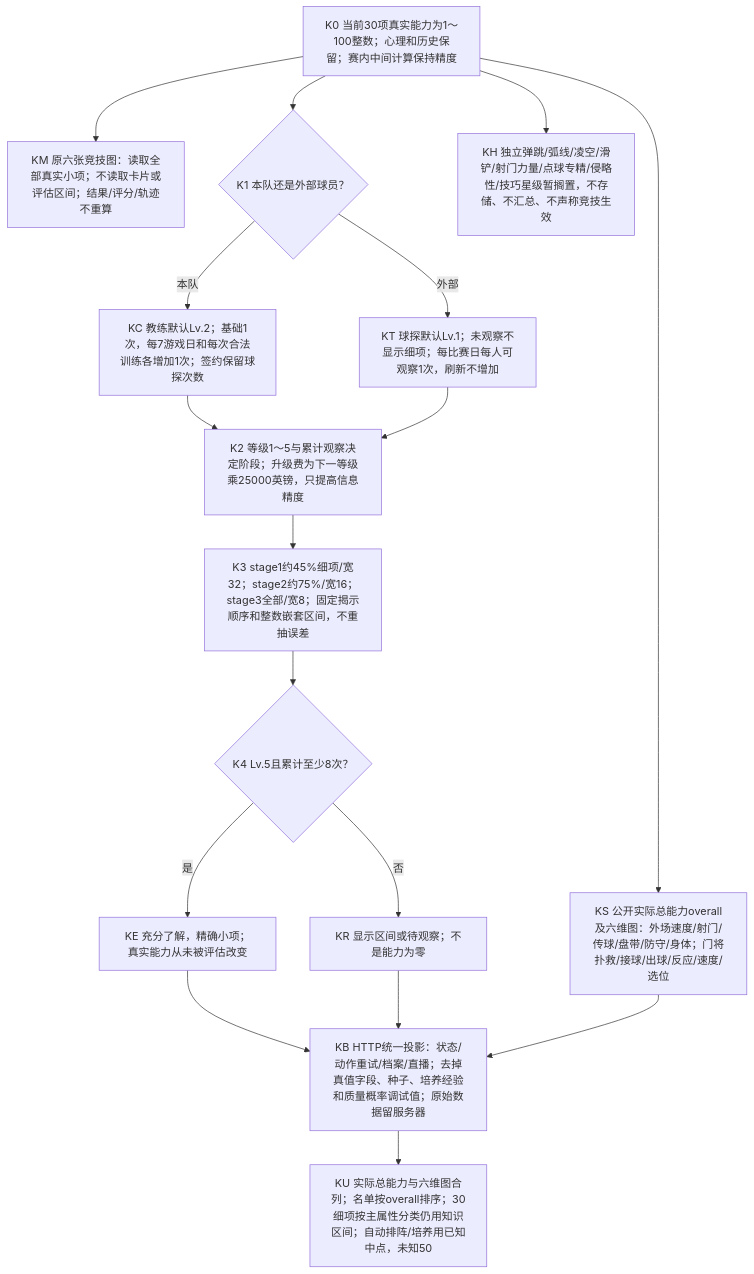
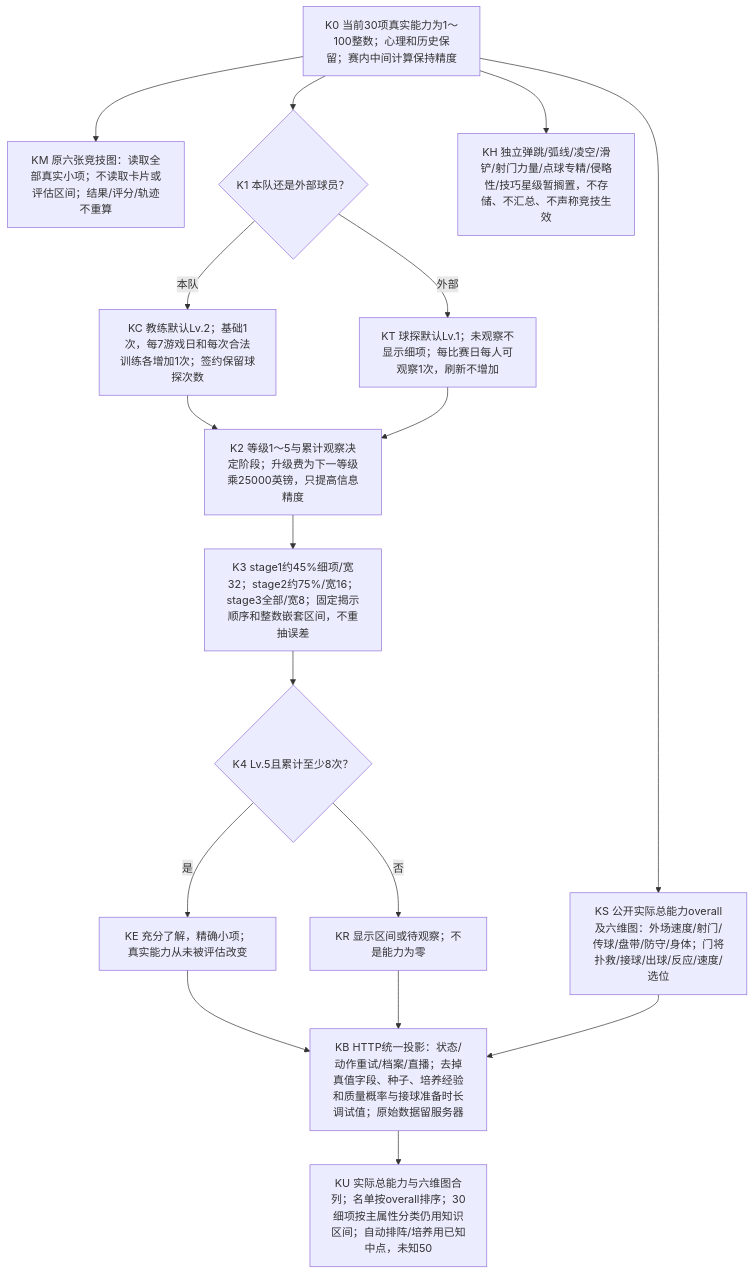
The seventh of 7 diagrams in packages/shared/modules/matches/design/PLAYER_DECISION_MAP.md (sixu3575/touchline-manager), drawn with Mermaid before and after one commit. The commit also changed 7 other files, not shown here.

````diff
--- a/packages/shared/modules/matches/design/PLAYER_DECISION_MAP.md
+++ b/packages/shared/modules/matches/design/PLAYER_DECISION_MAP.md
@@ -480,19 +480,19 @@
 ```mermaid
 flowchart TD
   K0["K0 当前30项真实能力为1～100整数；心理和历史保留；赛内中间计算保持精度"] --> KM["KM 原六张竞技图：读取全部真实小项；不读取卡片或评估区间；结果/评分/轨迹不重算"]
   K0 --> KS["KS 公开实际总能力overall及六维图：外场速度/射门/传球/盘带/防守/身体；门将扑救/接球/出球/反应/速度/选位"]
   K0 --> K1{"K1 本队还是外部球员？"}
   K1 -->|本队| KC["KC 教练默认Lv.2；基础1次，每7游戏日和每次合法训练各增加1次；签约保留球探次数"]
   K1 -->|外部| KT["KT 球探默认Lv.1；未观察不显示细项；每比赛日每人可观察1次，刷新不增加"]
   KC --> K2["K2 等级1～5与累计观察决定阶段；升级费为下一等级乘25000英镑，只提高信息精度"]
   KT --> K2
   K2 --> K3["K3 stage1约45%细项/宽32；stage2约75%/宽16；stage3全部/宽8；固定揭示顺序和整数嵌套区间，不重抽误差"]
   K3 --> K4{"K4 Lv.5且累计至少8次？"}
   K4 -->|是| KE["KE 充分了解，精确小项；真实能力从未被评估改变"]
   K4 -->|否| KR["KR 显示区间或待观察；不是能力为零"]
-  KE --> KB["KB HTTP统一投影：状态/动作重试/档案/直播；去掉真值字段、种子、培养经验和质量概率调试值；原始数据留服务器"]
+  KE --> KB["KB HTTP统一投影：状态/动作重试/档案/直播；去掉真值字段、种子、培养经验和质量概率与接球准备时长调试值；原始数据留服务器"]
   KR --> KB
   KS --> KB
   KB --> KU["KU 实际总能力与六维图合列；名单按overall排序；30细项按主属性分类仍用知识区间；自动排阵/培养用已知中点，未知50"]
   K0 --> KH["KH 独立弹跳/弧线/凌空/滑铲/射门力量/点球专精/侵略性/技巧星级暂搁置，不存储、不汇总、不声称竞技生效"]
 ```
````
